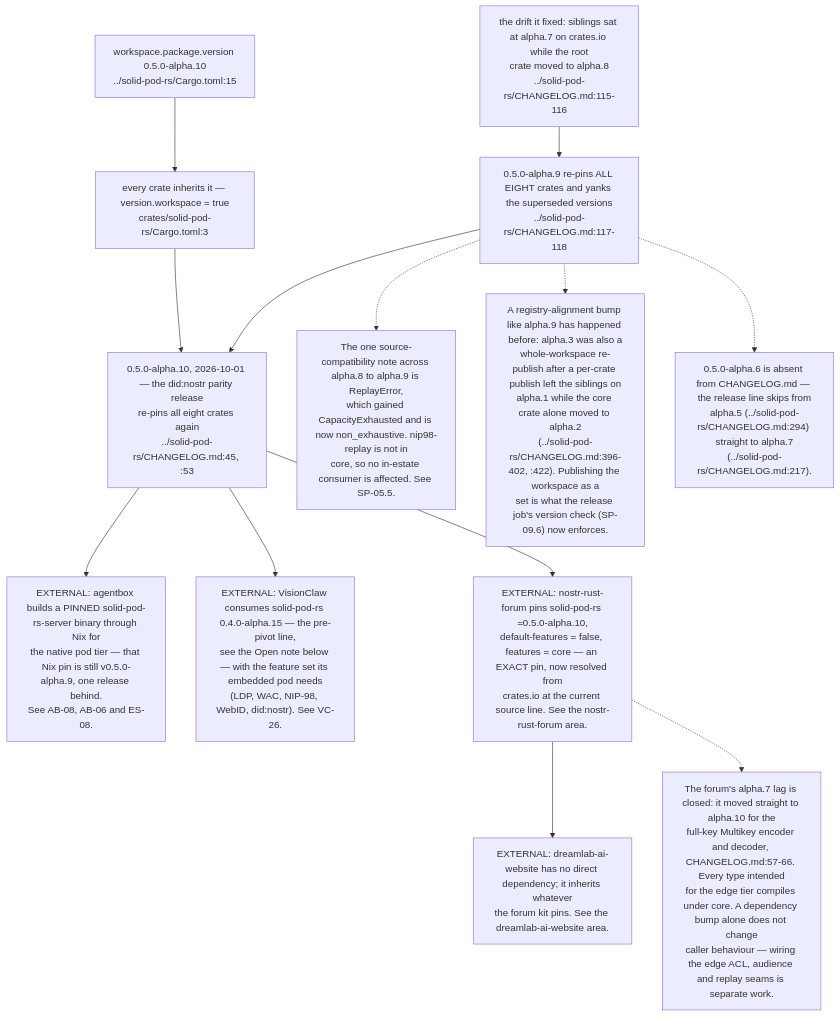
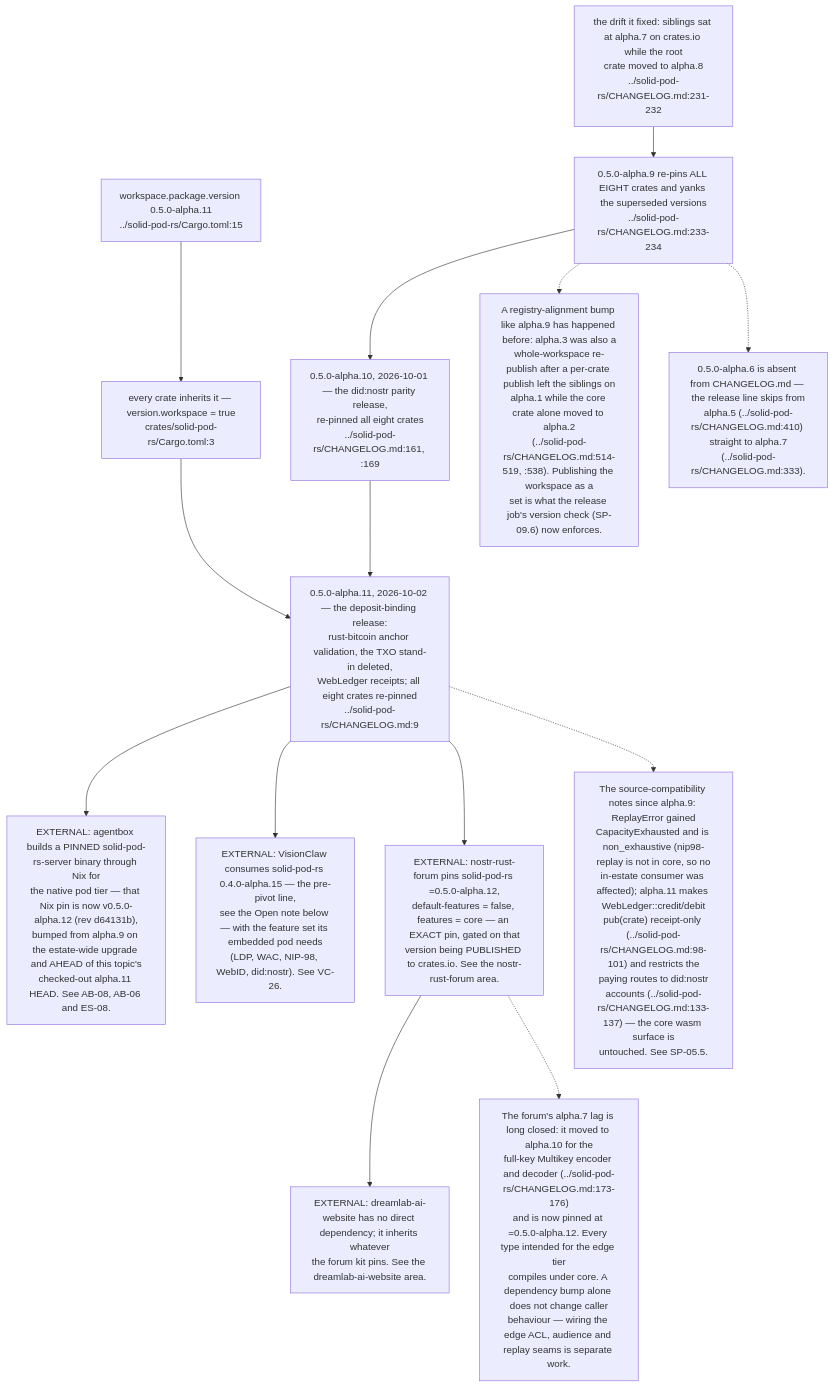
Before and after one commit to DreamLab-AI/VisionFlow: the fifth of 9 diagrams in docs/diagrams/solid-pod-rs/09-ci-release-and-consumer-pins.md, drawn with Mermaid. The commit also changed other lines of this file and 111 other files, not shown here.

Commit message:
docs(diagrams): align estate maps with current source

````diff
--- a/docs/diagrams/solid-pod-rs/09-ci-release-and-consumer-pins.md
+++ b/docs/diagrams/solid-pod-rs/09-ci-release-and-consumer-pins.md
@@ -164,31 +164,33 @@
 ```mermaid
 flowchart TD
-    WSV["workspace.package.version 0.5.0-alpha.10<br/>../solid-pod-rs/Cargo.toml:15"]
+    WSV["workspace.package.version 0.5.0-alpha.11<br/>../solid-pod-rs/Cargo.toml:15"]
     INH["every crate inherits it — version.workspace = true<br/>crates/solid-pod-rs/Cargo.toml:3"]
-    REL10["0.5.0-alpha.10, 2026-10-01 — the did:nostr parity release<br/>re-pins all eight crates again<br/>../solid-pod-rs/CHANGELOG.md:45, :53"]
-    REL["0.5.0-alpha.9 re-pins ALL EIGHT crates and yanks the superseded versions<br/>../solid-pod-rs/CHANGELOG.md:117-118"]
-    DRIFT["the drift it fixed: siblings sat at alpha.7 on crates.io while the root<br/>crate moved to alpha.8<br/>../solid-pod-rs/CHANGELOG.md:115-116"]
+    REL11["0.5.0-alpha.11, 2026-10-02 — the deposit-binding release:<br/>rust-bitcoin anchor validation, the TXO stand-in deleted,<br/>WebLedger receipts; all eight crates re-pinned<br/>../solid-pod-rs/CHANGELOG.md:9"]
+    REL10["0.5.0-alpha.10, 2026-10-01 — the did:nostr parity release,<br/>re-pinned all eight crates<br/>../solid-pod-rs/CHANGELOG.md:161, :169"]
+    REL["0.5.0-alpha.9 re-pins ALL EIGHT crates and yanks the superseded versions<br/>../solid-pod-rs/CHANGELOG.md:233-234"]
+    DRIFT["the drift it fixed: siblings sat at alpha.7 on crates.io while the root<br/>crate moved to alpha.8<br/>../solid-pod-rs/CHANGELOG.md:231-232"]
 
-    WSV --> INH --> REL10
+    WSV --> INH --> REL11
+    REL10 --> REL11
     REL --> REL10
     DRIFT --> REL
 
-    AB["EXTERNAL: agentbox builds a PINNED solid-pod-rs-server binary through Nix for<br/>the native pod tier — that Nix pin is still v0.5.0-alpha.9, one release behind.<br/>See AB-08, AB-06 and ES-08."]
+    AB["EXTERNAL: agentbox builds a PINNED solid-pod-rs-server binary through Nix for<br/>the native pod tier — that Nix pin is now v0.5.0-alpha.12 (rev d64131b),<br/>bumped from alpha.9 on the estate-wide upgrade and AHEAD of this topic's<br/>checked-out alpha.11 HEAD. See AB-08, AB-06 and ES-08."]
     VC["EXTERNAL: VisionClaw consumes solid-pod-rs 0.4.0-alpha.15 — the pre-pivot line,<br/>see the Open note below — with the feature set its embedded pod needs<br/>(LDP, WAC, NIP-98, WebID, did:nostr). See VC-26."]
-    NF["EXTERNAL: nostr-rust-forum pins solid-pod-rs =0.5.0-alpha.10,<br/>default-features = false, features = core — an EXACT pin, now resolved from<br/>crates.io at the current source line. See the nostr-rust-forum area."]
+    NF["EXTERNAL: nostr-rust-forum pins solid-pod-rs =0.5.0-alpha.12,<br/>default-features = false, features = core — an EXACT pin, gated on that<br/>version being PUBLISHED to crates.io. See the nostr-rust-forum area."]
     DW["EXTERNAL: dreamlab-ai-website has no direct dependency; it inherits whatever<br/>the forum kit pins. See the dreamlab-ai-website area."]
 
-    REL10 --> AB
-    REL10 --> VC
-    REL10 --> NF
+    REL11 --> AB
+    REL11 --> VC
+    REL11 --> NF
     NF --> DW
 
-    N["The forum's alpha.7 lag is closed: it moved straight to alpha.10 for the<br/>full-key Multikey encoder and decoder, CHANGELOG.md:57-66. Every type intended<br/>for the edge tier compiles under core. A dependency bump alone does not change<br/>caller behaviour — wiring the edge ACL, audience and replay seams is separate work."]
+    N["The forum's alpha.7 lag is long closed: it moved to alpha.10 for the<br/>full-key Multikey encoder and decoder (../solid-pod-rs/CHANGELOG.md:173-176)<br/>and is now pinned at =0.5.0-alpha.12. Every type intended for the edge tier<br/>compiles under core. A dependency bump alone does not change caller<br/>behaviour — wiring the edge ACL, audience and replay seams is separate work."]
     NF -.-> N
-    N2["The one source-compatibility note across alpha.8 to alpha.9 is ReplayError,<br/>which gained CapacityExhausted and is now non_exhaustive. nip98-replay is not in<br/>core, so no in-estate consumer is affected. See SP-05.5."]
-    REL -.-> N2
-    N3["A registry-alignment bump like alpha.9 has happened before: alpha.3 was also a<br/>whole-workspace re-publish after a per-crate publish left the siblings on<br/>alpha.1 while the core crate alone moved to alpha.2<br/>(../solid-pod-rs/CHANGELOG.md:396-402, :422). Publishing the workspace as a<br/>set is what the release job's version check (SP-09.6) now enforces."]
+    N2["The source-compatibility notes since alpha.9: ReplayError gained<br/>CapacityExhausted and is non_exhaustive (nip98-replay is not in core, so no<br/>in-estate consumer was affected); alpha.11 makes WebLedger::credit/debit<br/>pub(crate) receipt-only (../solid-pod-rs/CHANGELOG.md:98-101) and restricts the<br/>paying routes to did:nostr<br/>accounts (../solid-pod-rs/CHANGELOG.md:133-137) — the core wasm surface is<br/>untouched. See SP-05.5."]
+    REL11 -.-> N2
+    N3["A registry-alignment bump like alpha.9 has happened before: alpha.3 was also a<br/>whole-workspace re-publish after a per-crate publish left the siblings on<br/>alpha.1 while the core crate alone moved to alpha.2<br/>(../solid-pod-rs/CHANGELOG.md:514-519, :538). Publishing the workspace as a<br/>set is what the release job's version check (SP-09.6) now enforces."]
     REL -.-> N3
-    N4["0.5.0-alpha.6 is absent from CHANGELOG.md — the release line skips from<br/>alpha.5 (../solid-pod-rs/CHANGELOG.md:294) straight to alpha.7<br/>(../solid-pod-rs/CHANGELOG.md:217)."]
+    N4["0.5.0-alpha.6 is absent from CHANGELOG.md — the release line skips from<br/>alpha.5 (../solid-pod-rs/CHANGELOG.md:410) straight to alpha.7<br/>(../solid-pod-rs/CHANGELOG.md:333)."]
     REL -.-> N4
 ```
````
